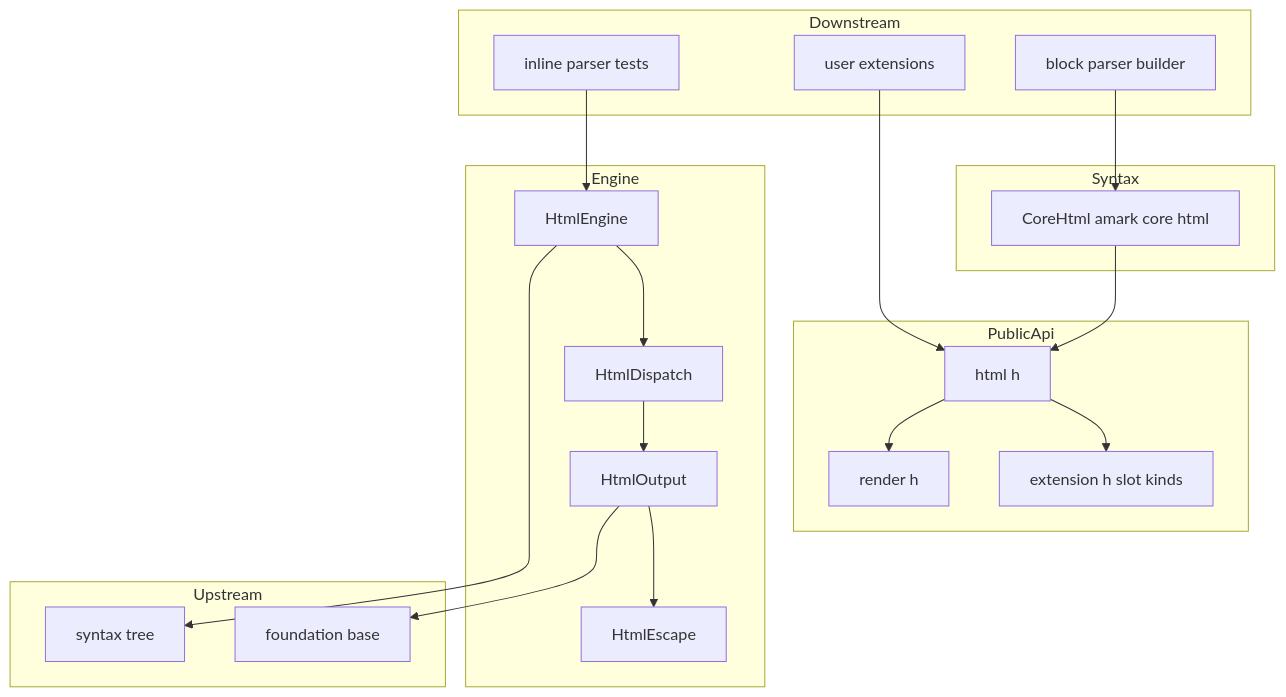
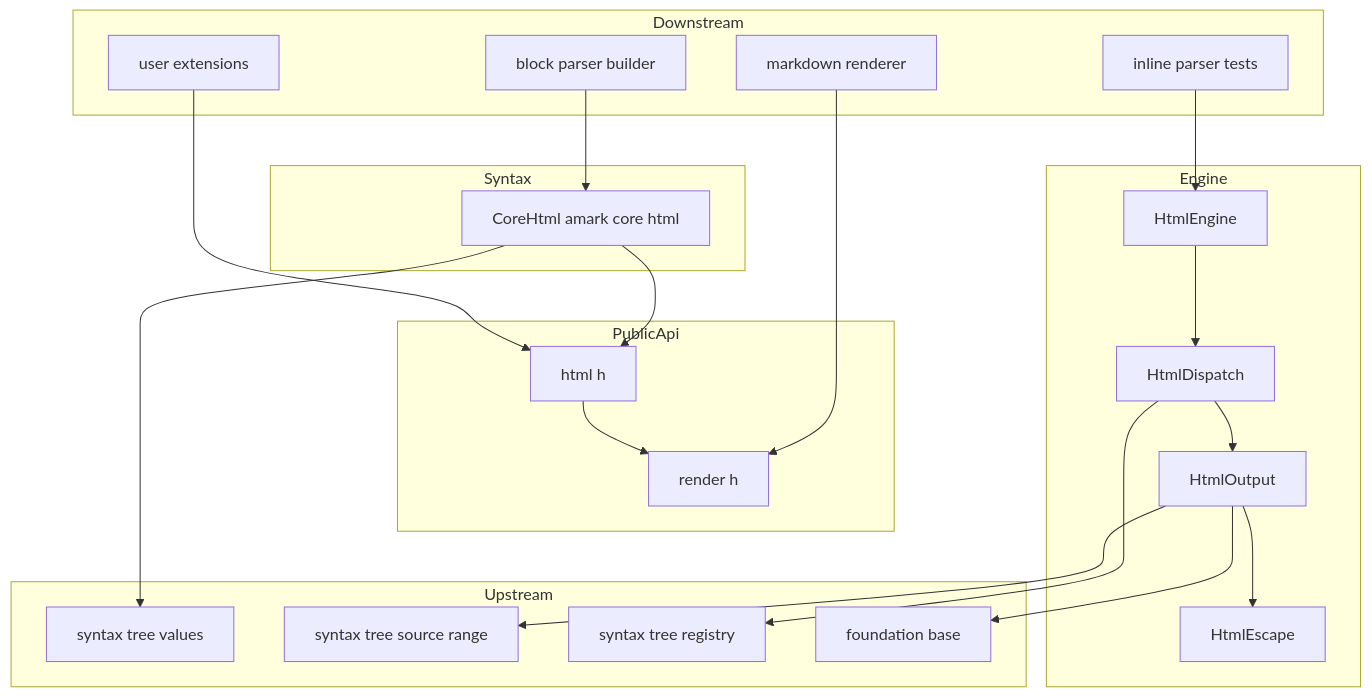
One commit to ktdevx/amark-private2 changed the first of 4 diagrams in .kiro/specs/html-renderer/design.md. Above: the diagram before and after it, drawn with Mermaid. The commit also changed other lines of this file and 6 other files, not shown here.

First line of the commit message:
docs(html-renderer): 新しい構文木のモデルで spec を作り直す

````diff
--- a/.kiro/specs/html-renderer/design.md
+++ b/.kiro/specs/html-renderer/design.md
@@ -62,37 +81,41 @@
 ```mermaid
 graph TB
     subgraph PublicApi
         RenderH[render h]
         HtmlH[html h]
-        ExtH[extension h slot kinds]
     end
     subgraph Engine
         Escape[HtmlEscape]
         Output[HtmlOutput]
         Dispatch[HtmlDispatch]
         Render[HtmlEngine]
     end
     subgraph Syntax
         CoreHtml[CoreHtml amark core html]
     end
     subgraph Upstream
-        Tree[syntax tree]
+        TreeValues[syntax tree values]
+        TreeRange[syntax tree source range]
+        Registry[syntax tree registry]
         Base[foundation base]
     end
     subgraph Downstream
         BlockParser[block parser builder]
         InlineParser[inline parser tests]
+        MdRenderer[markdown renderer]
         UserExt[user extensions]
     end
     Output --> Escape
+    Output --> TreeRange
+    Dispatch --> Registry
     Dispatch --> Output
     Render --> Dispatch
-    Render --> Tree
     Output --> Base
     CoreHtml --> HtmlH
+    CoreHtml --> TreeValues
     UserExt --> HtmlH
     BlockParser --> CoreHtml
     InlineParser --> Render
-    HtmlH --> ExtH
+    MdRenderer --> RenderH
     HtmlH --> RenderH
 ```
````
